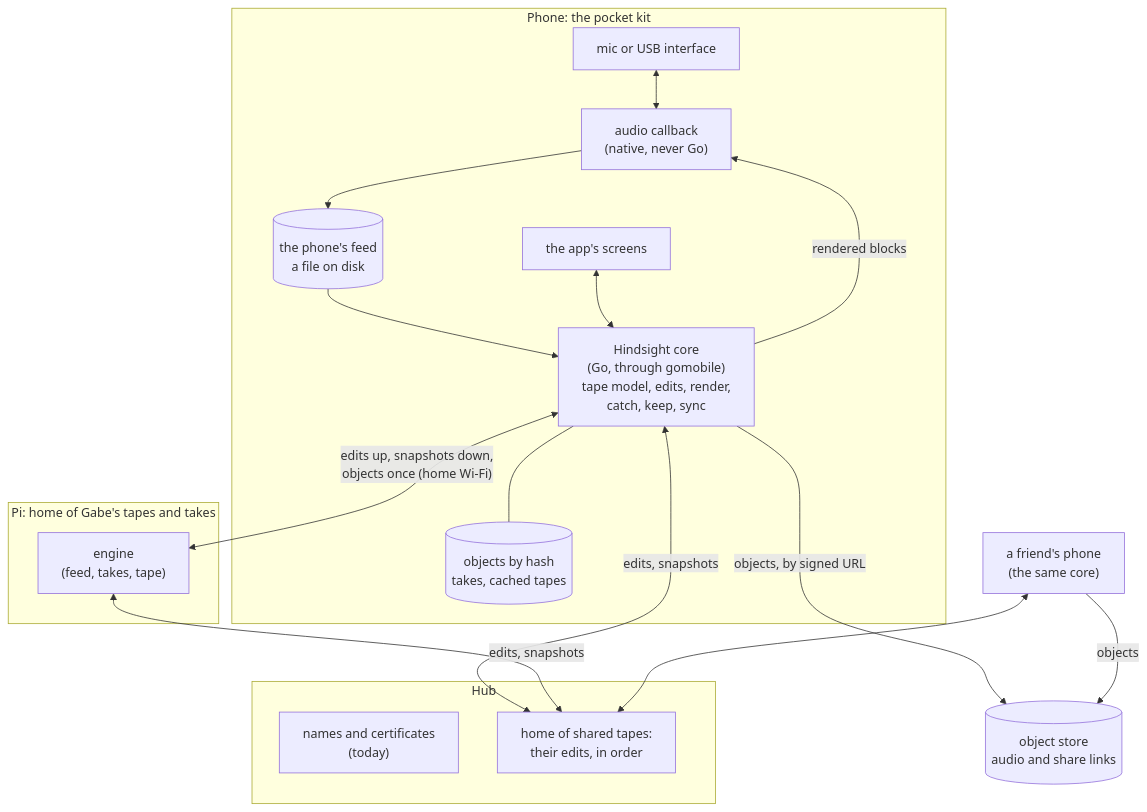
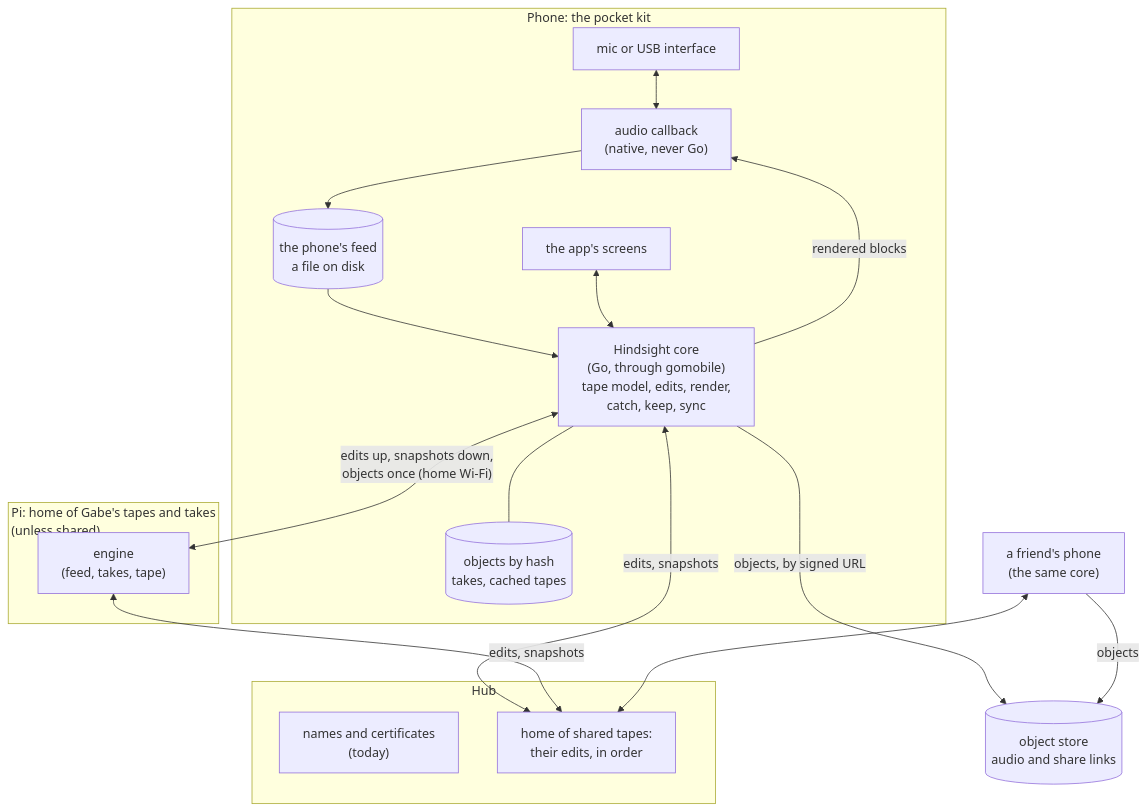
One commit to gabeduke/hindsight changed the diagram in docs/plan/the-pocket-kit.md. Above: the diagram before and after it, drawn with Mermaid. The commit also changed other lines of this file, not shown here.

First line of the commit message:
Spec: the pocket kit, last review: the tag's undo, the home moving when shared

````diff
--- a/docs/plan/the-pocket-kit.md
+++ b/docs/plan/the-pocket-kit.md
@@ -35,27 +35,27 @@
 ```mermaid
 flowchart TB
   subgraph phone["Phone: the pocket kit"]
     io["mic or USB interface"] <--> cb["audio callback<br/>(native, never Go)"]
     cb --> feed[("the phone's feed<br/>a file on disk")]
     core["Hindsight core<br/>(Go, through gomobile)<br/>tape model, edits, render,<br/>catch, keep, sync"]
     feed --> core
     core -->|"rendered blocks"| cb
     ui["the app's screens"] <--> core
     objs[("objects by hash<br/>takes, cached tapes")]
     core --- objs
   end
-  subgraph pi["Pi: home of Gabe's tapes and takes"]
+  subgraph pi["Pi: home of Gabe's tapes and takes<br/>(unless shared)"]
     engine["engine<br/>(feed, takes, tape)"]
   end
   subgraph hub["Hub"]
     names["names and certificates<br/>(today)"]
     homes["home of shared tapes:<br/>their edits, in order"]
   end
   store[("object store<br/>audio and share links")]
   core <-->|"edits up, snapshots down,<br/>objects once (home Wi-Fi)"| engine
   core <-->|"edits, snapshots"| homes
   core -->|"objects, by signed URL"| store
   engine <-->|"edits, snapshots"| homes
   friend["a friend's phone<br/>(the same core)"] <--> homes
   friend -->|"objects"| store
 ```
````
